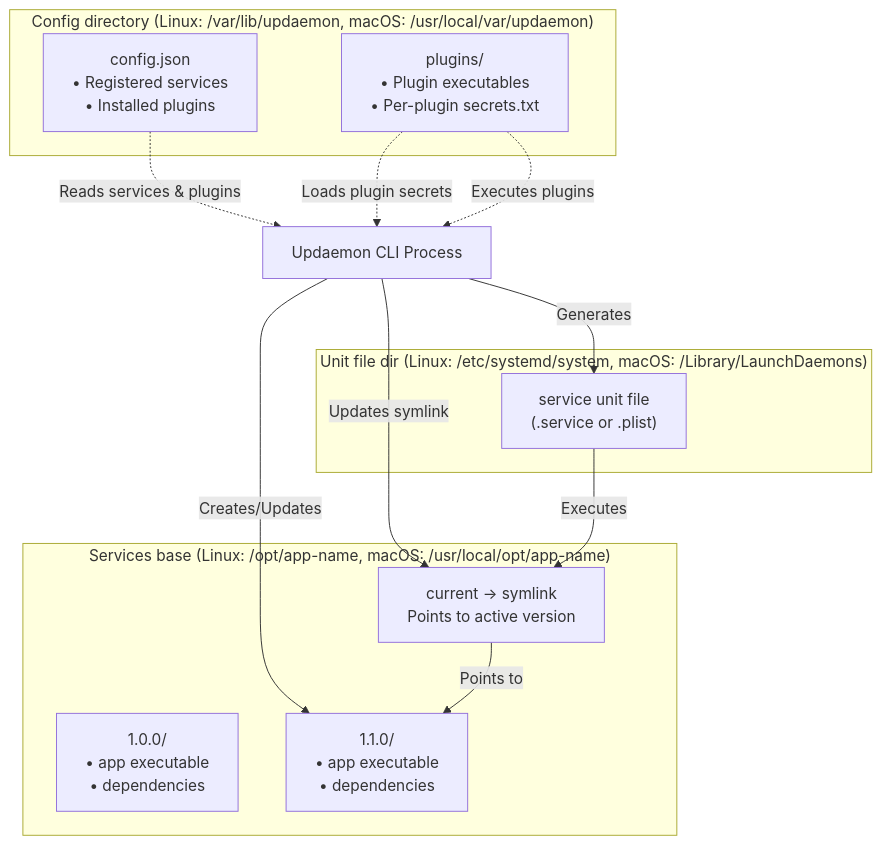
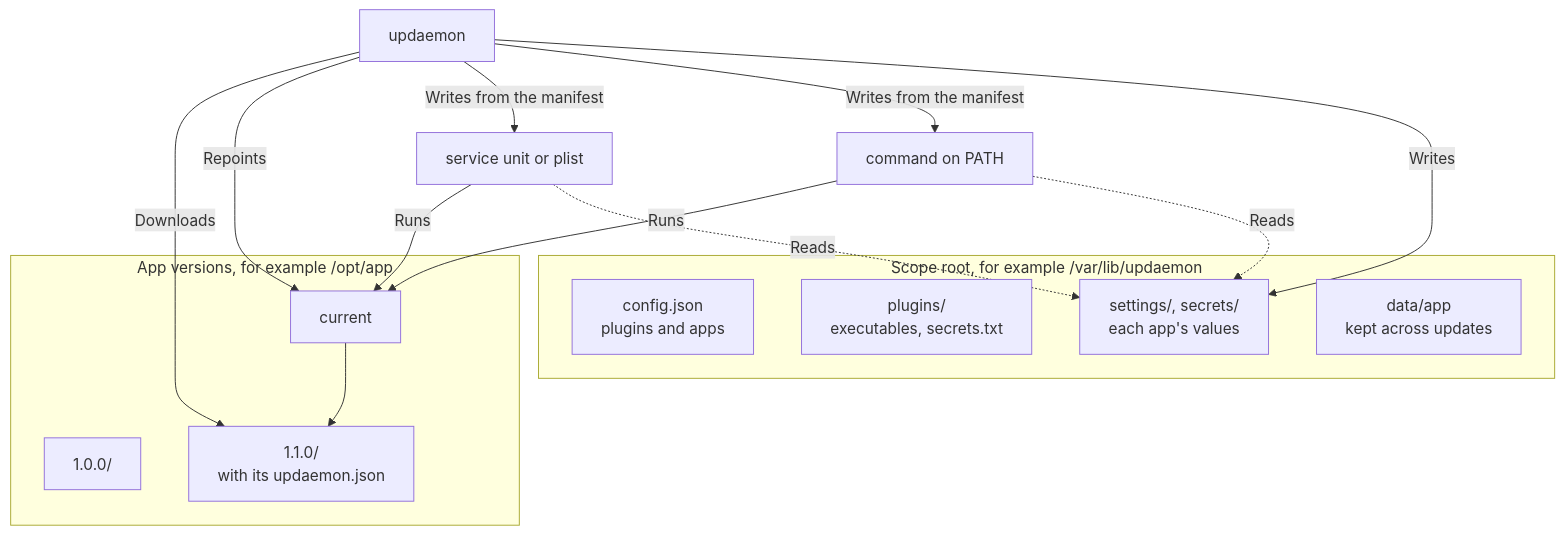
The fourth of 5 diagrams in README.md (AdamTovatt/updaemon), drawn with Mermaid before and after one commit. The commit also changed other lines of this file and 36 other files, not shown here.

````diff
--- a/README.md
+++ b/README.md
@@ -835,28 +572,29 @@
 ```mermaid
 graph TB
-    subgraph "Config directory (Linux: /var/lib/updaemon, macOS: /usr/local/var/updaemon)"
-        ConfigJson["config.json<br/>• Registered services<br/>• Installed plugins"]
-        PluginsDir["plugins/<br/>• Plugin executables<br/>• Per-plugin secrets.txt"]
+    subgraph "Scope root, for example /var/lib/updaemon"
+        ConfigJson["config.json<br/>plugins and apps"]
+        PluginsDir["plugins/<br/>executables, secrets.txt"]
+        AppFiles["settings/, secrets/<br/>each app's values"]
+        DataDir["data/app<br/>kept across updates"]
     end
-    
-    subgraph "Services base (Linux: /opt/app-name, macOS: /usr/local/opt/app-name)"
-        V100["1.0.0/<br/>• app executable<br/>• dependencies"]
-        V110["1.1.0/<br/>• app executable<br/>• dependencies"]
-        Current["current → symlink<br/>Points to active version"]
+
+    subgraph "App versions, for example /opt/app"
+        V100["1.0.0/"]
+        V110["1.1.0/<br/>with its updaemon.json"]
+        Current["current"]
     end
-    
-    subgraph "Unit file dir (Linux: /etc/systemd/system, macOS: /Library/LaunchDaemons)"
-        UnitFile["service unit file<br/>(.service or .plist)"]
-    end
-    
-    ConfigJson -.->|Reads services & plugins| Updaemon[Updaemon CLI Process]
-    PluginsDir -.->|Loads plugin secrets| Updaemon
-    PluginsDir -.->|Executes plugins| Updaemon
-    
-    Updaemon -->|Creates/Updates| V110
-    Updaemon -->|Updates symlink| Current
-    Updaemon -->|Generates| UnitFile
-    
-    UnitFile -->|Executes| Current
-    Current -->|Points to| V110
+
+    Unit["service unit or plist"]
+    Command["command on PATH"]
+
+    Updaemon[updaemon] -->|Downloads| V110
+    Updaemon -->|Repoints| Current
+    Updaemon -->|Writes from the manifest| Unit
+    Updaemon -->|Writes from the manifest| Command
+    Updaemon -->|Writes| AppFiles
+    Current --> V110
+    Unit -->|Runs| Current
+    Command -->|Runs| Current
+    Unit -.->|Reads| AppFiles
+    Command -.->|Reads| AppFiles
 ```
````
